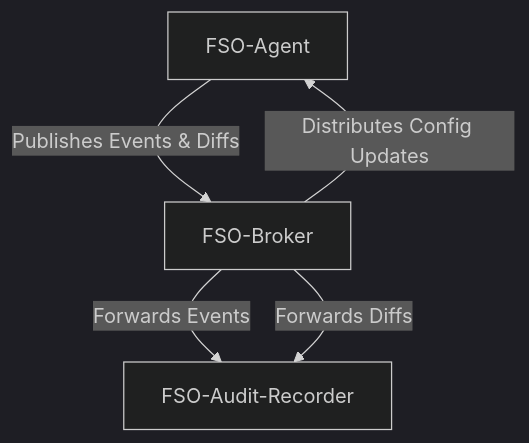
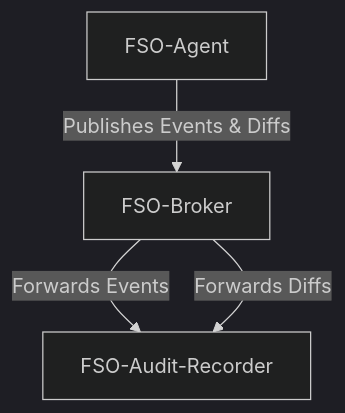
The diagram in README.md (denizs/fso), drawn with Mermaid (dark theme) before and after one commit.

Commit message:
removing hopes and dreams from the readme

````diff
--- a/README.md
+++ b/README.md
@@ -16,7 +16,6 @@
 ```mermaid
 graph TD
     A[FSO-Agent] -- Publishes Events & Diffs --> B[FSO-Broker]
     B -- Forwards Events --> C[FSO-Audit-Recorder]
     B -- Forwards Diffs --> C
-    B -- Distributes Config Updates --> A
 ```
````
